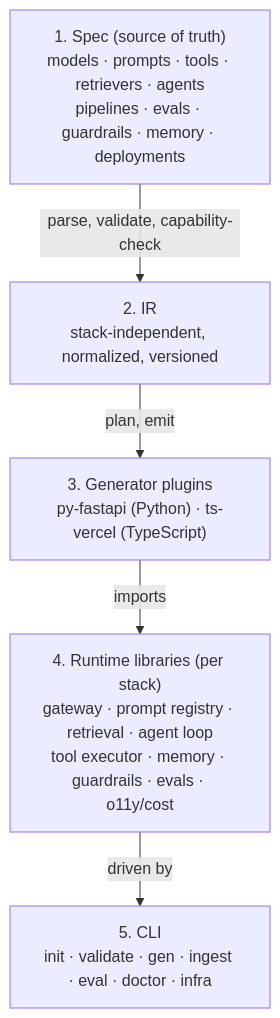
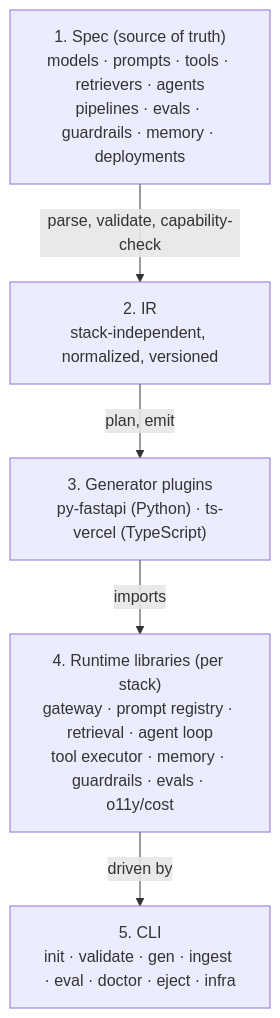
Before and after one commit to aid-framework/aid-framework: the diagram in README.md, drawn with Mermaid. The commit also changed other lines of this file and 26 other files, not shown here.

````diff
--- a/README.md
+++ b/README.md
@@ -46,12 +46,12 @@
 ```mermaid
 flowchart TD
     A["1. Spec (source of truth)<br/>models · prompts · tools · retrievers · agents<br/>pipelines · evals · guardrails · memory · deployments"]
     B["2. IR<br/>stack-independent, normalized, versioned"]
     C["3. Generator plugins<br/>py-fastapi (Python) · ts-vercel (TypeScript)"]
     D["4. Runtime libraries (per stack)<br/>gateway · prompt registry · retrieval · agent loop<br/>tool executor · memory · guardrails · evals · o11y/cost"]
-    E["5. CLI<br/>init · validate · gen · ingest · eval · doctor · infra"]
+    E["5. CLI<br/>init · validate · gen · ingest · eval · doctor · eject · infra"]
     A -->|parse, validate, capability-check| B
     B -->|plan, emit| C
     C -->|imports| D
     D -->|driven by| E
 ```
````
